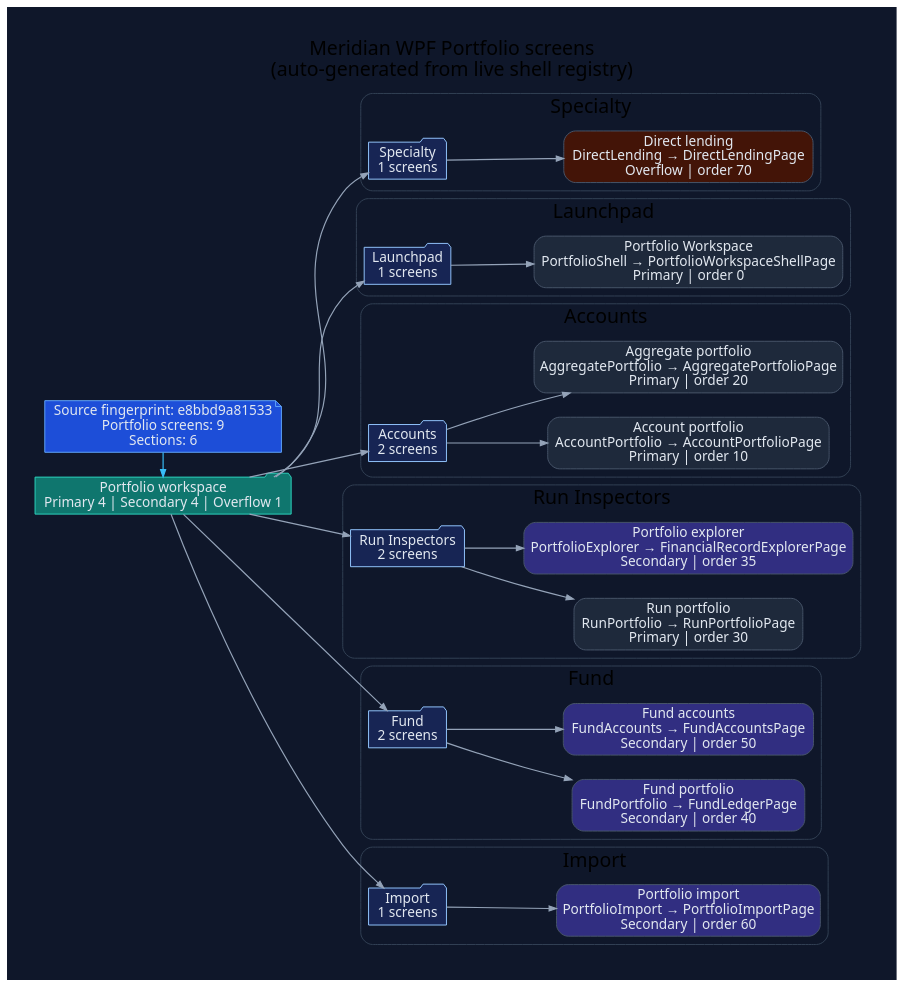
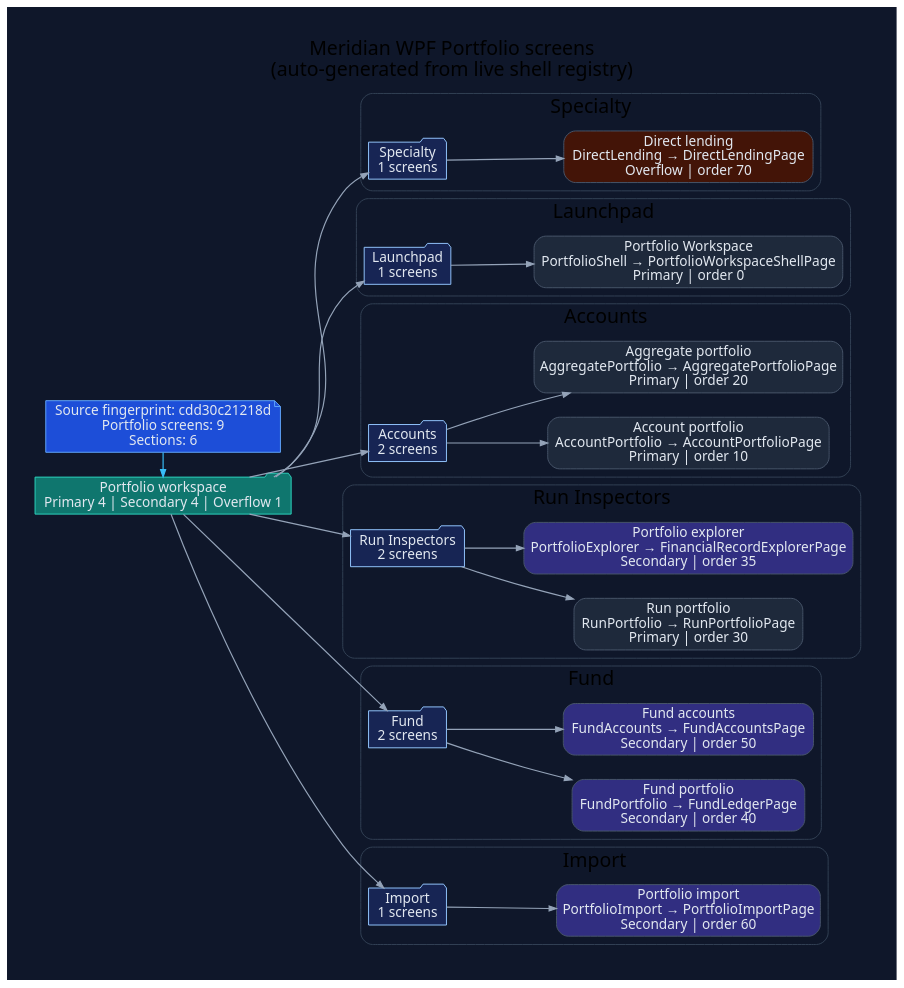
One commit to rodoHasArrived/Meridian-main changed the diagram in docs/diagrams/ui/ui-wpf-screens-portfolio.dot. Above: the diagram before and after it, drawn with Graphviz. The commit also changed 164 other files, not shown here.

```diff
--- a/docs/diagrams/ui/ui-wpf-screens-portfolio.dot
+++ b/docs/diagrams/ui/ui-wpf-screens-portfolio.dot
@@ -1,92 +1,92 @@
 // -----------------------------------------------------------------------------
 // <auto-generated>
 // Generated by scripts/generate-diagrams.mjs.
 // Do not edit this file directly; update the WPF source files instead.
 // -----------------------------------------------------------------------------
 digraph WpfPortfolioScreens {
   graph [
     rankdir=LR,
     labelloc=t,
     label="Meridian WPF Portfolio screens\n(auto-generated from live shell registry)",
     fontname="Segoe UI",
     fontsize=20,
     pad=0.4,
     nodesep=0.35,
     ranksep=0.85,
     bgcolor="#0f172a"
   ];
   node [fontname="Segoe UI", shape=box, style="rounded,filled", color="#475569", fontcolor="#e2e8f0", fillcolor="#1e293b"];
   edge [fontname="Segoe UI", color="#94a3b8", penwidth=1.2, arrowsize=0.75];
 
-  generated [shape=note, fillcolor="#1d4ed8", color="#60a5fa", label="Source fingerprint: e8bbd9a81533\nPortfolio screens: 9\nSections: 6"];
+  generated [shape=note, fillcolor="#1d4ed8", color="#60a5fa", label="Source fingerprint: cdd30c21218d\nPortfolio screens: 9\nSections: 6"];
   workspace [shape=folder, fillcolor="#0f766e", color="#2dd4bf", label="Portfolio workspace\nPrimary 4 | Secondary 4 | Overflow 1"];
   generated -> workspace [color="#38bdf8"];
 
   subgraph cluster_section_1 {
     label="Specialty";
     color="#334155";
     style="rounded";
     section_1 [shape=folder, fillcolor="#172554", color="#93c5fd", label="Specialty\n1 screens"];
     workspace -> section_1;
     screen_DirectLending [fillcolor="#431407", label="Direct lending\nDirectLending → DirectLendingPage\nOverflow | order 70"];
     section_1 -> screen_DirectLending;
   }
 
   subgraph cluster_section_2 {
     label="Launchpad";
     color="#334155";
     style="rounded";
     section_2 [shape=folder, fillcolor="#172554", color="#93c5fd", label="Launchpad\n1 screens"];
     workspace -> section_2;
     screen_PortfolioShell [fillcolor="#1e293b", label="Portfolio Workspace\nPortfolioShell → PortfolioWorkspaceShellPage\nPrimary | order 0"];
     section_2 -> screen_PortfolioShell;
   }
 
   subgraph cluster_section_3 {
     label="Accounts";
     color="#334155";
     style="rounded";
     section_3 [shape=folder, fillcolor="#172554", color="#93c5fd", label="Accounts\n2 screens"];
     workspace -> section_3;
     screen_AccountPortfolio [fillcolor="#1e293b", label="Account portfolio\nAccountPortfolio → AccountPortfolioPage\nPrimary | order 10"];
     section_3 -> screen_AccountPortfolio;
     screen_AggregatePortfolio [fillcolor="#1e293b", label="Aggregate portfolio\nAggregatePortfolio → AggregatePortfolioPage\nPrimary | order 20"];
     section_3 -> screen_AggregatePortfolio;
   }
 
   subgraph cluster_section_4 {
     label="Run Inspectors";
     color="#334155";
     style="rounded";
     section_4 [shape=folder, fillcolor="#172554", color="#93c5fd", label="Run Inspectors\n2 screens"];
     workspace -> section_4;
     screen_RunPortfolio [fillcolor="#1e293b", label="Run portfolio\nRunPortfolio → RunPortfolioPage\nPrimary | order 30"];
     section_4 -> screen_RunPortfolio;
     screen_PortfolioExplorer [fillcolor="#312e81", label="Portfolio explorer\nPortfolioExplorer → FinancialRecordExplorerPage\nSecondary | order 35"];
     section_4 -> screen_PortfolioExplorer;
   }
 
   subgraph cluster_section_5 {
     label="Fund";
     color="#334155";
     style="rounded";
     section_5 [shape=folder, fillcolor="#172554", color="#93c5fd", label="Fund\n2 screens"];
     workspace -> section_5;
     screen_FundPortfolio [fillcolor="#312e81", label="Fund portfolio\nFundPortfolio → FundLedgerPage\nSecondary | order 40"];
     section_5 -> screen_FundPortfolio;
     screen_FundAccounts [fillcolor="#312e81", label="Fund accounts\nFundAccounts → FundAccountsPage\nSecondary | order 50"];
     section_5 -> screen_FundAccounts;
   }
 
   subgraph cluster_section_6 {
     label="Import";
     color="#334155";
     style="rounded";
     section_6 [shape=folder, fillcolor="#172554", color="#93c5fd", label="Import\n1 screens"];
     workspace -> section_6;
     screen_PortfolioImport [fillcolor="#312e81", label="Portfolio import\nPortfolioImport → PortfolioImportPage\nSecondary | order 60"];
     section_6 -> screen_PortfolioImport;
   }
 
   { rank=min; generated; workspace; }
 }
```
